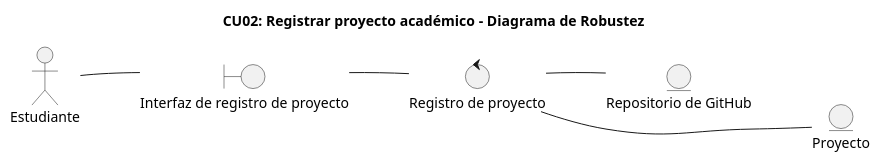
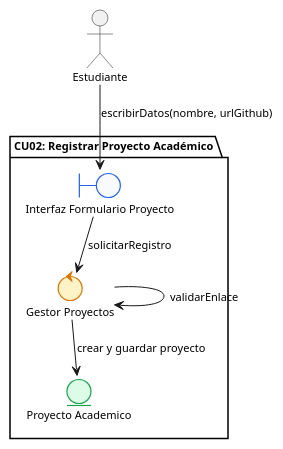
One commit to ErickBaja05/GR4_1BT3_622_26B changed the diagram in docs/incremento1/robustnessDiagrams/cu02-registrarProyecto.puml. Above: the diagram before and after it, drawn with PlantUML. The commit also changed 2 other files, not shown here.

Commit message:
Corrijo diagramas CU02-resgistrarProyecto

```diff
--- a/docs/incremento1/robustnessDiagrams/cu02-registrarProyecto.puml
+++ b/docs/incremento1/robustnessDiagrams/cu02-registrarProyecto.puml
@@ -1,33 +1,38 @@
 @startuml
-left to right direction
-skinparam handwritten false
-skinparam monochrome true
+skinparam style strictuml
+skinparam defaultFontName "Segoe UI"
+skinparam defaultFontSize 11
+skinparam roundCorner 8
 skinparam shadowing false
+skinparam ranksep 40
+skinparam nodesep 50
 
-title CU02: Registrar proyecto académico - Diagrama de Robustez
+skinparam boundary {
+    BackgroundColor #F8FAFC
+    BorderColor #2563EB
+    BorderThickness 1.2
+}
+skinparam control {
+    BackgroundColor #FEF3C7
+    BorderColor #D97706
+    BorderThickness 1.2
+}
+skinparam entity {
+    BackgroundColor #DCFCE7
+    BorderColor #16A34A
+    BorderThickness 1.2
+}
 
-' --- COLUMNA 1: ACTOR ---
-actor "Estudiante" as Estudiante
+actor "Estudiante" as estudiante
 
-' --- COLUMNA 2: INTERFAZ (BOUNDARY) ---
-boundary "Interfaz de registro de proyecto" as InterfazRegistro
+package "CU02: Registrar Proyecto Académico" {
+    boundary "Interfaz Formulario Proyecto" as InterfazProyecto
+    control "Gestor Proyectos" as C_Proyecto
+    entity "Proyecto Academico" as E_Proyecto
+}
 
-' --- COLUMNA 3: CONTROLADOR ---
-control "Registro de proyecto" as RegistroProyecto
-
-' --- COLUMNA 4: ENTIDADES ---
-entity "Repositorio de GitHub" as Repositorio
-entity "Proyecto" as Proyecto
-
-' --- ALINEACIÓN DE COLUMNAS (INVISIBLE) ---
-Estudiante -[hidden]right-> InterfazRegistro
-InterfazRegistro -[hidden]right-> RegistroProyecto
-RegistroProyecto -[hidden]right-> Repositorio
-Repositorio -[hidden]down-> Proyecto
-
-' --- RELACIONES DE NEGOCIO ---
-Estudiante -- InterfazRegistro
-InterfazRegistro -- RegistroProyecto
-RegistroProyecto -- Repositorio
-RegistroProyecto -- Proyecto
+estudiante --> InterfazProyecto : escribirDatos(nombre, urlGithub)
+InterfazProyecto --> C_Proyecto : solicitarRegistro
+C_Proyecto --> C_Proyecto : validarEnlace
+C_Proyecto --> E_Proyecto : crear y guardar proyecto 
 @enduml
```
